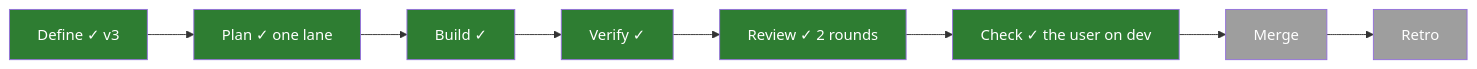
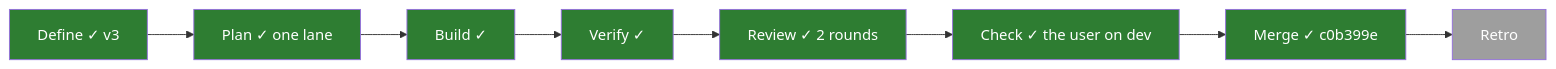
One commit to PaliCanon/learn-pali changed the first of 2 diagrams in .task/054-add-word.md. Above: the diagram before and after it, drawn with Mermaid. The commit also changed other lines of this file, not shown here.

````diff
--- a/.task/054-add-word.md
+++ b/.task/054-add-word.md
@@ -11,7 +11,7 @@
 ```mermaid
 flowchart LR
-  Define["Define ✓ v3"]:::done --> Plan["Plan ✓ one lane"]:::done --> Build["Build ✓"]:::done --> Verify["Verify ✓"]:::done --> Review["Review ✓ 2 rounds"]:::done --> Check["Check ✓ the user on dev"]:::done --> Merge:::todo --> Retro:::todo
+  Define["Define ✓ v3"]:::done --> Plan["Plan ✓ one lane"]:::done --> Build["Build ✓"]:::done --> Verify["Verify ✓"]:::done --> Review["Review ✓ 2 rounds"]:::done --> Check["Check ✓ the user on dev"]:::done --> Merge["Merge ✓ c0b399e"]:::done --> Retro:::todo
   classDef doing fill:#f9a825,color:#000
   classDef done fill:#2e7d32,color:#fff
   classDef todo fill:#9e9e9e,color:#fff
 ```
````
